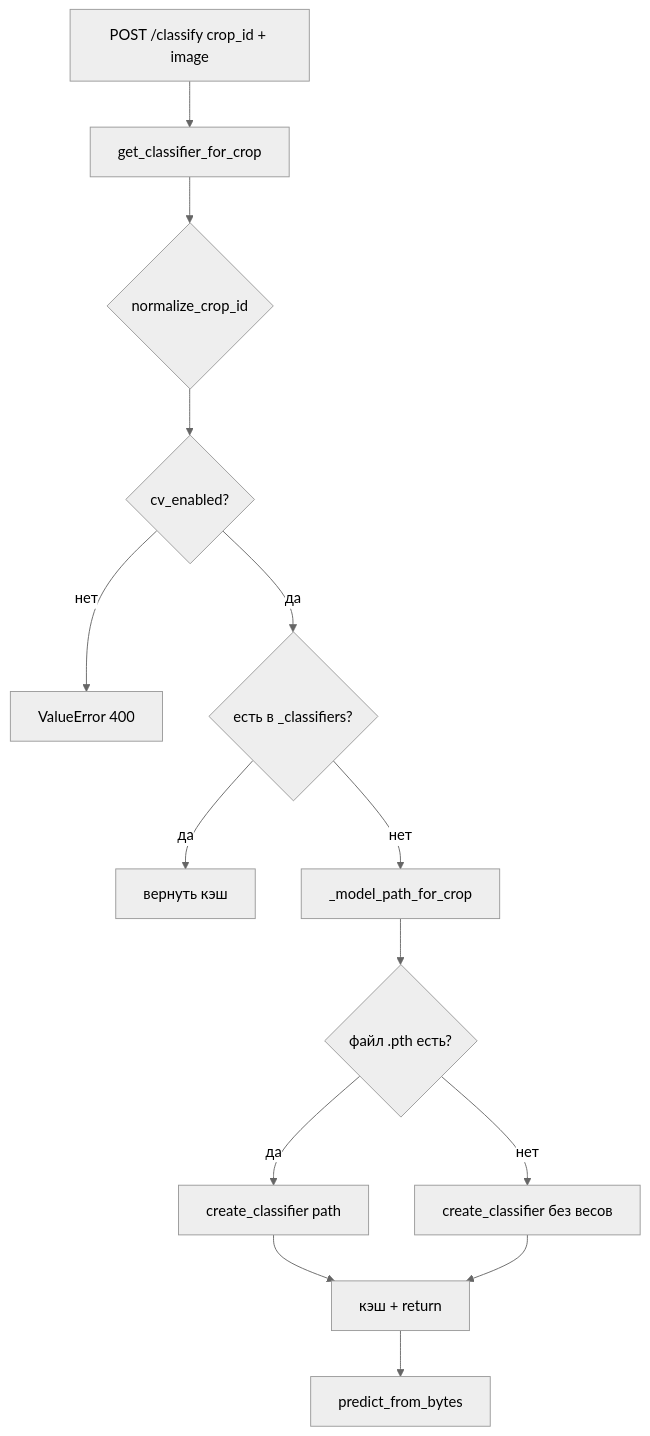
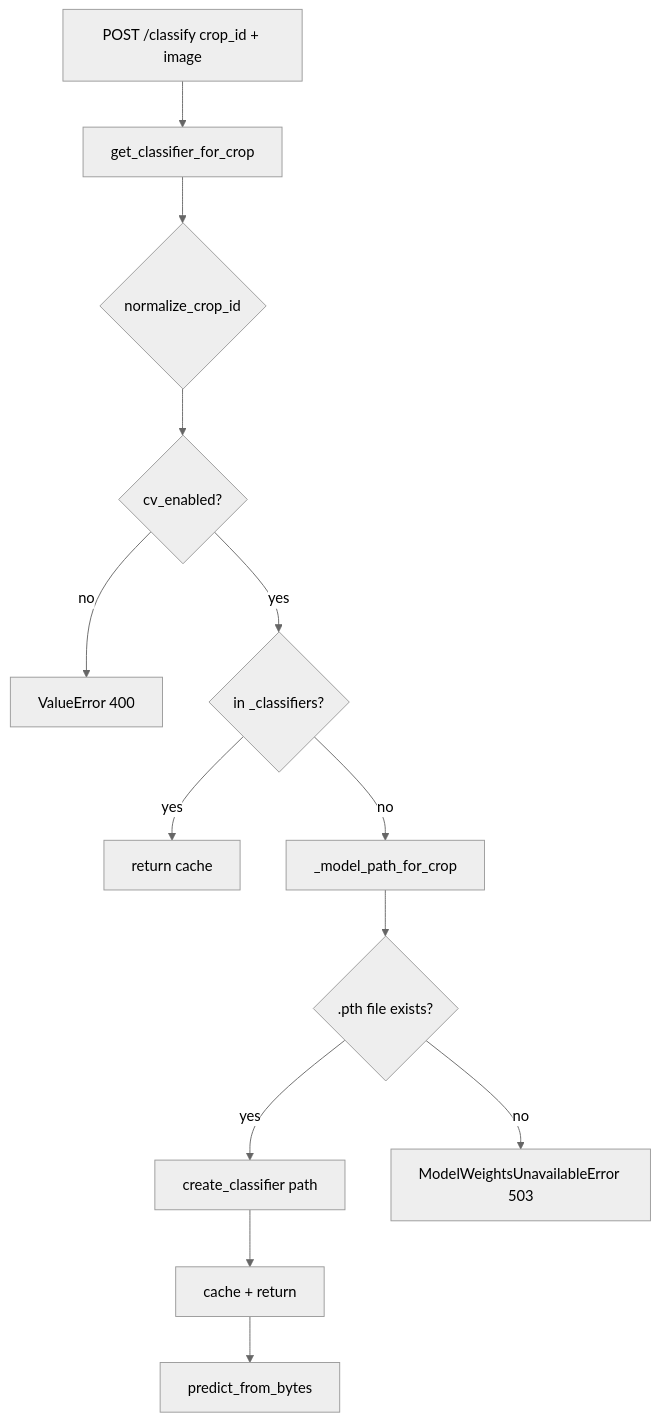
The diagram in docs/knowledge-base/cv-registry.md (kantik001/grounded_horticulture_en), drawn with Mermaid (neutral theme) before and after one commit. The commit also changed other lines of this file and 189 other files, not shown here.

````diff
--- a/docs/knowledge-base/cv-registry.md
+++ b/docs/knowledge-base/cv-registry.md
@@ -111,16 +113,15 @@
 ```mermaid
 flowchart TD
     A[POST /classify crop_id + image] --> B[get_classifier_for_crop]
     B --> C{normalize_crop_id}
     C --> D{cv_enabled?}
-    D -->|нет| E[ValueError 400]
-    D -->|да| F{есть в _classifiers?}
-    F -->|да| G[вернуть кэш]
-    F -->|нет| H[_model_path_for_crop]
-    H --> I{файл .pth есть?}
-    I -->|да| J[create_classifier path]
-    I -->|нет| K[create_classifier без весов]
-    J --> L[кэш + return]
-    K --> L
+    D -->|no| E[ValueError 400]
+    D -->|yes| F{in _classifiers?}
+    F -->|yes| G[return cache]
+    F -->|no| H[_model_path_for_crop]
+    H --> I{.pth file exists?}
+    I -->|yes| J[create_classifier path]
+    I -->|no| K[ModelWeightsUnavailableError 503]
+    J --> L[cache + return]
     L --> M[predict_from_bytes]
 ```
````
